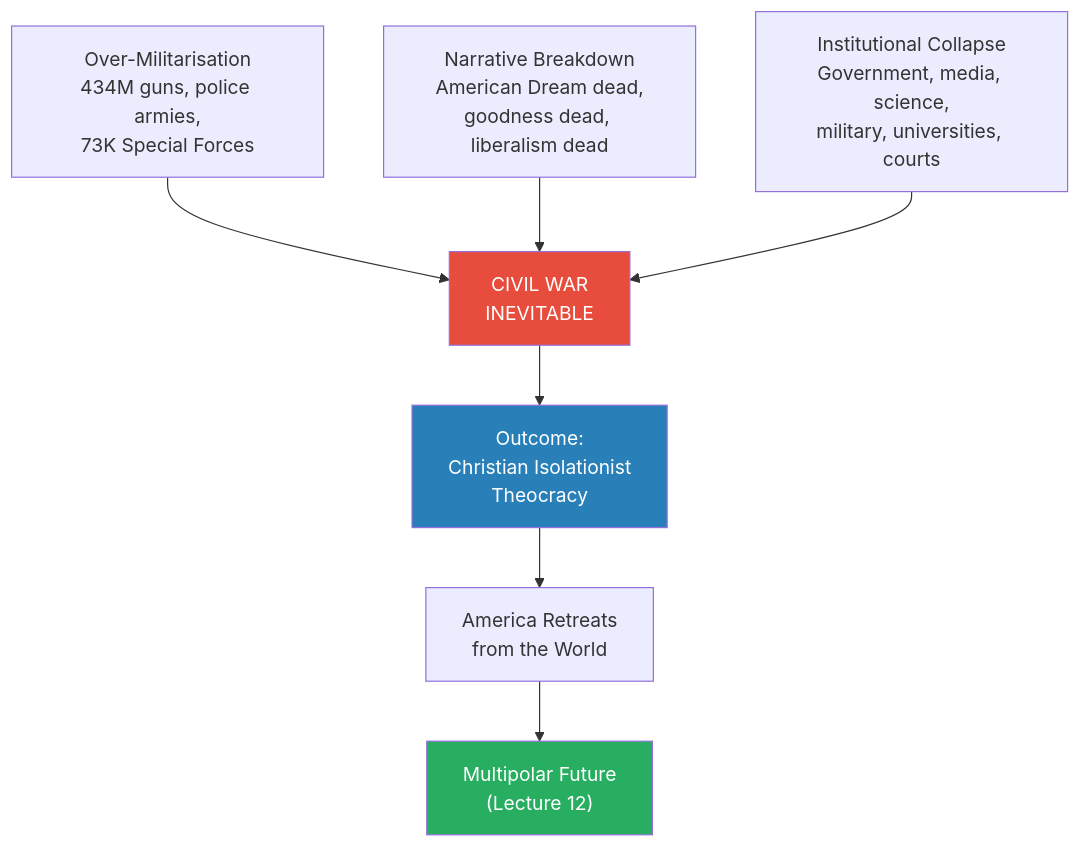
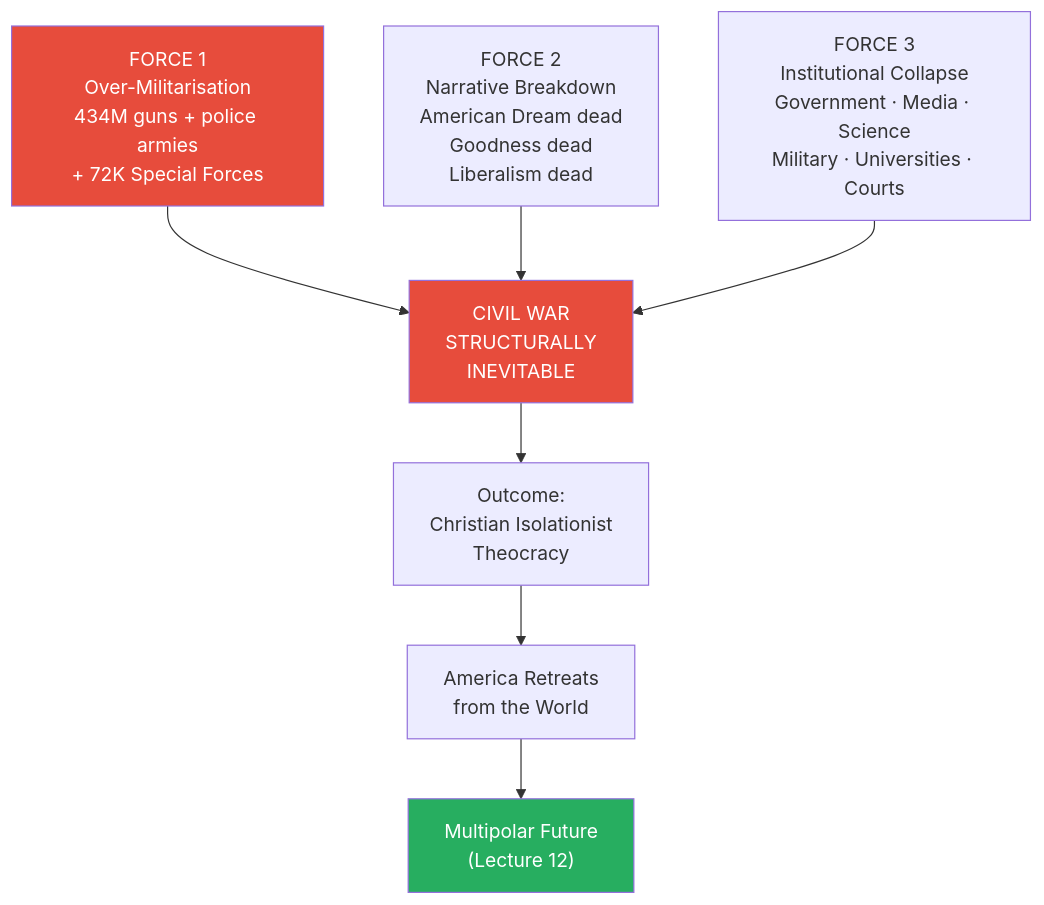
One commit to alius33/reader changed the fifth of 9 diagrams in summaries/Lectures/Geo-Strategy/11 - The Second American Civil War.md. Above: the diagram before and after it, drawn with Mermaid. The commit also changed other lines of this file and 26 other files, not shown here.

````diff
--- a/summaries/Lectures/Geo-Strategy/11 - The Second American Civil War.md
+++ b/summaries/Lectures/Geo-Strategy/11 - The Second American Civil War.md
@@ -415,15 +259,15 @@
 ```mermaid
 flowchart TB
-    F1["Over-Militarisation<br/>434M guns, police armies,<br/>73K Special Forces"]
-    F2["Narrative Breakdown<br/>American Dream dead,<br/>goodness dead, liberalism dead"]
-    F3["Institutional Collapse<br/>Government, media, science,<br/>military, universities, courts"]
-    F1 --> CW["CIVIL WAR<br/>INEVITABLE"]
+    F1["FORCE 1<br/>Over-Militarisation<br/>434M guns + police armies<br/>+ 72K Special Forces"]
+    F2["FORCE 2<br/>Narrative Breakdown<br/>American Dream dead<br/>Goodness dead<br/>Liberalism dead"]
+    F3["FORCE 3<br/>Institutional Collapse<br/>Government · Media · Science<br/>Military · Universities · Courts"]
+    F1 --> CW["CIVIL WAR<br/>STRUCTURALLY<br/>INEVITABLE"]
     F2 --> CW
     F3 --> CW
     CW --> O["Outcome:<br/>Christian Isolationist<br/>Theocracy"]
     O --> R["America Retreats<br/>from the World"]
     R --> MP["Multipolar Future<br/>(Lecture 12)"]
+    style F1 fill:#e74c3c,color:#fff
     style CW fill:#e74c3c,color:#fff
-    style O fill:#2980b9,color:#fff
     style MP fill:#27ae60,color:#fff
 ```
````
